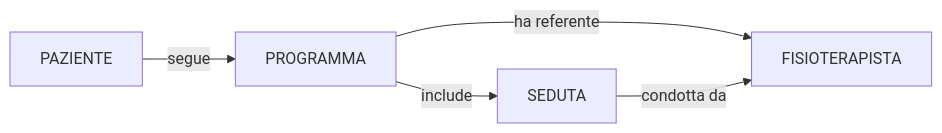
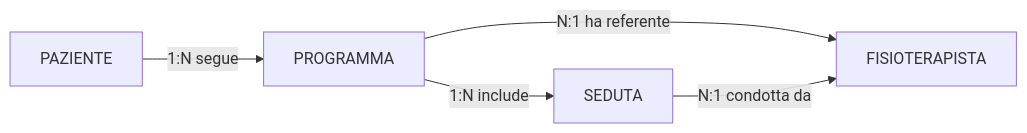
The second of 5 diagrams in 08-progettazione-er/esercizi/01-esercizio-palestra-riabilitativa.md (lucadagati/Lab_Fondamenti_di_Informatica_25_26), drawn with Mermaid before and after one commit. The commit also changed other lines of this file and 60 other files, not shown here.

Commit message:
Add Chen ER step-by-step draw.io diagrams and fix layout

````diff
--- a/08-progettazione-er/esercizi/01-esercizio-palestra-riabilitativa.md
+++ b/08-progettazione-er/esercizi/01-esercizio-palestra-riabilitativa.md
@@ -72,7 +72,7 @@
 ```mermaid
 flowchart LR
-    P[PAZIENTE] -->|segue| PR[PROGRAMMA]
-    PR -->|include| S[SEDUTA]
-    PR -->|ha referente| F[FISIOTERAPISTA]
-    S -->|condotta da| F
+    P[PAZIENTE] -->|1:N segue| PR[PROGRAMMA]
+    PR -->|1:N include| S[SEDUTA]
+    PR -->|N:1 ha referente| F[FISIOTERAPISTA]
+    S -->|N:1 condotta da| F
 ```
````
